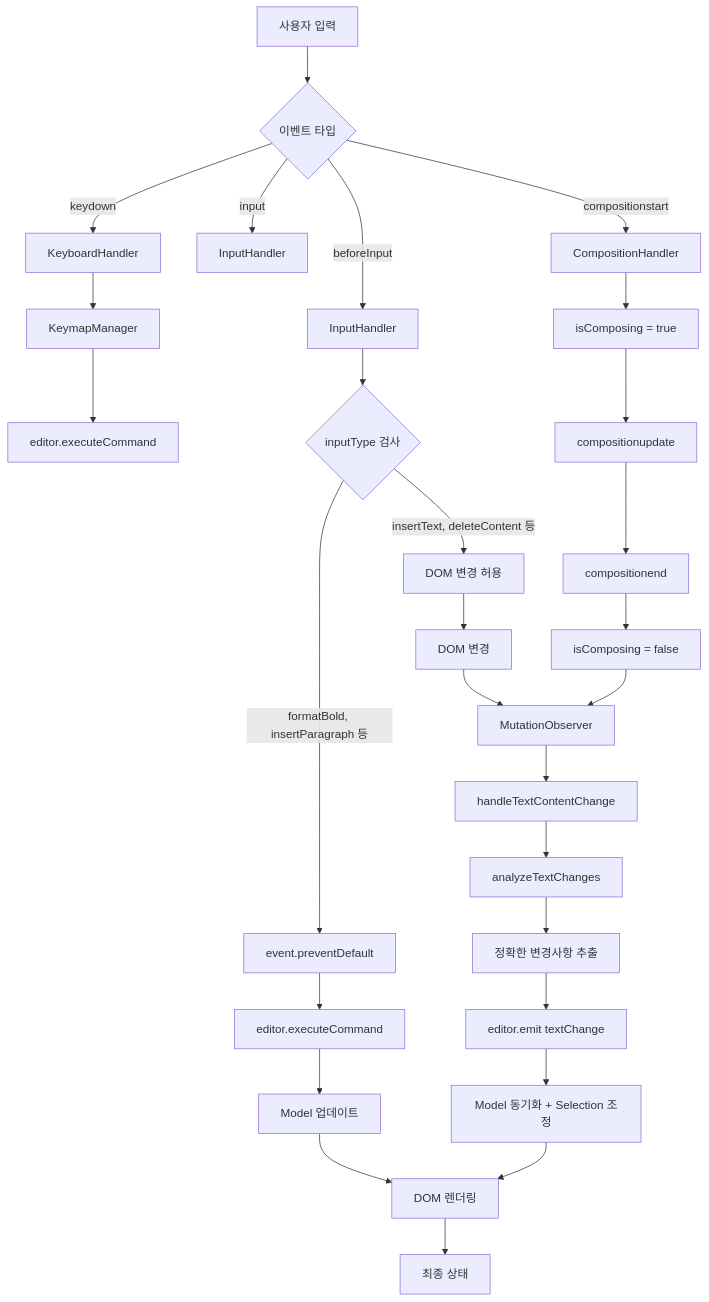
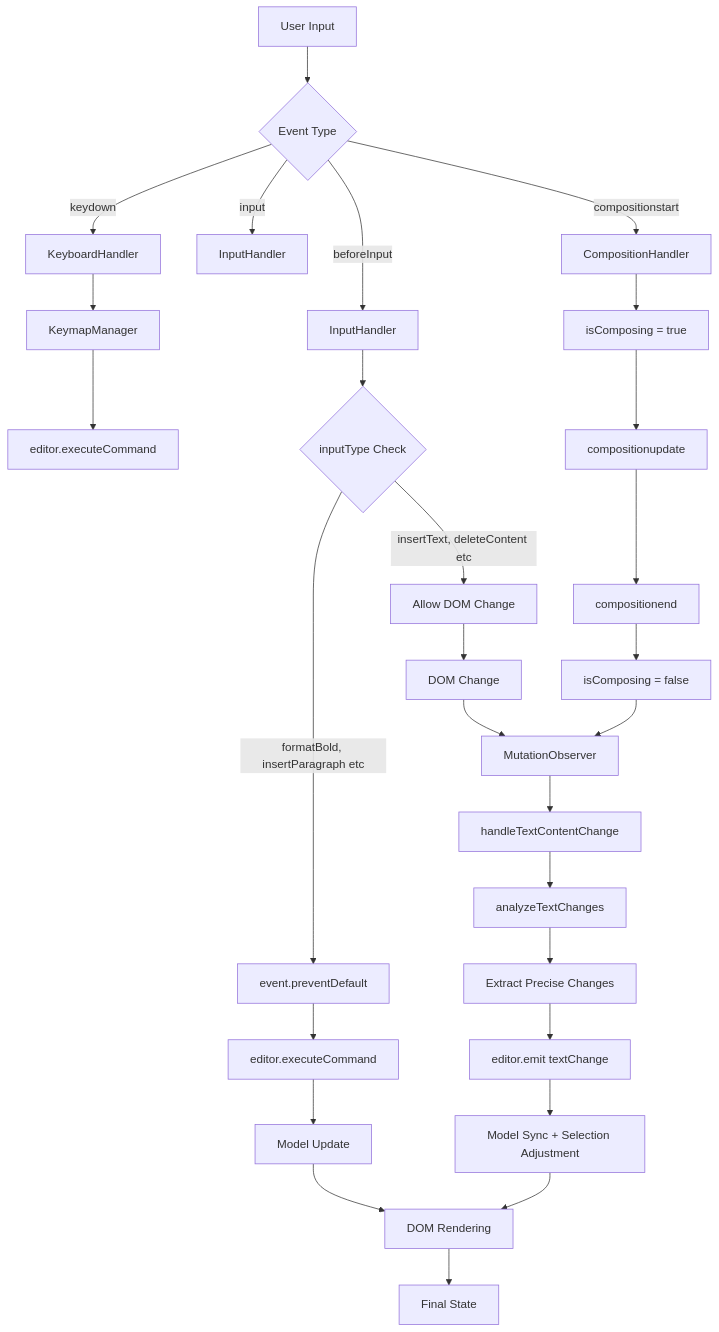
Before and after one commit to barocss/barocss-editor: the third of 3 diagrams in paper/plan/editor-view-dom-spec.md, drawn with Mermaid. The commit also changed other lines of this file and 106 other files, not shown here.

````diff
--- a/paper/plan/editor-view-dom-spec.md
+++ b/paper/plan/editor-view-dom-spec.md
@@ -1478,40 +1477,40 @@
 ```mermaid
 graph TD
-    A[사용자 입력] --> B{이벤트 타입}
+    A[User Input] --> B{Event Type}
     
     B -->|keydown| C[KeyboardHandler]
     B -->|beforeInput| D[InputHandler]
     B -->|input| E[InputHandler]
     B -->|compositionstart| F[CompositionHandler]
     
     C --> G[KeymapManager]
     G --> H[editor.executeCommand]
     
-    D --> I{inputType 검사}
-    I -->|formatBold, insertParagraph 등| J[event.preventDefault]
-    I -->|insertText, deleteContent 등| K[DOM 변경 허용]
+    D --> I{inputType Check}
+    I -->|formatBold, insertParagraph etc| J[event.preventDefault]
+    I -->|insertText, deleteContent etc| K[Allow DOM Change]
     
     J --> L[editor.executeCommand]
-    K --> M[DOM 변경]
+    K --> M[DOM Change]
     
     F --> N[isComposing = true]
     N --> O[compositionupdate]
     O --> P[compositionend]
     P --> Q[isComposing = false]
     
     M --> R[MutationObserver]
     Q --> R
     
     R --> S[handleTextContentChange]
     S --> T[analyzeTextChanges]
-    T --> U[정확한 변경사항 추출]
+    T --> U[Extract Precise Changes]
     U --> V[editor.emit textChange]
     
-    L --> W[Model 업데이트]
-    V --> X[Model 동기화 + Selection 조정]
+    L --> W[Model Update]
+    V --> X[Model Sync + Selection Adjustment]
     
-    W --> Y[DOM 렌더링]
+    W --> Y[DOM Rendering]
     X --> Y
     
-    Y --> Z[최종 상태]
+    Y --> Z[Final State]
 ```
````
